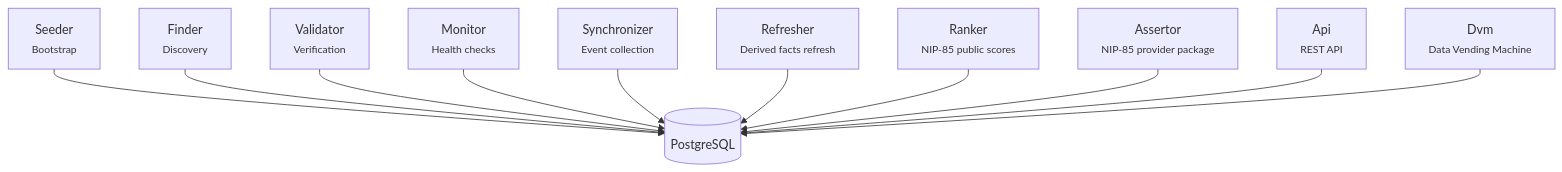
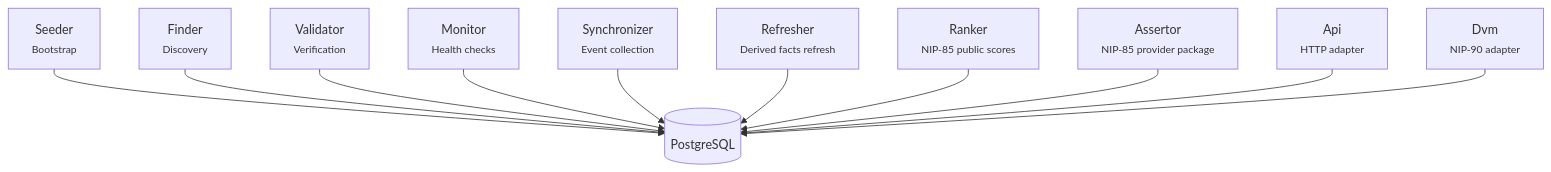
One commit to BigBrotr/bigbrotr changed the diagram in docs/_snippets/pipeline.md. Above: the diagram before and after it, drawn with Mermaid. The commit also changed 13 other files, not shown here.

First line of the commit message:
docs: rewrite mkdocs information architecture

````diff
--- a/docs/_snippets/pipeline.md
+++ b/docs/_snippets/pipeline.md
@@ -1,26 +1,26 @@
 ```mermaid
 flowchart TD
     DB[("PostgreSQL")]
 
     SE["Seeder<br/><small>Bootstrap</small>"]
     FI["Finder<br/><small>Discovery</small>"]
     VA["Validator<br/><small>Verification</small>"]
     MO["Monitor<br/><small>Health checks</small>"]
     SY["Synchronizer<br/><small>Event collection</small>"]
     RE["Refresher<br/><small>Derived facts refresh</small>"]
     RA["Ranker<br/><small>NIP-85 public scores</small>"]
     AS["Assertor<br/><small>NIP-85 provider package</small>"]
-    AP["Api<br/><small>REST API</small>"]
-    DV["Dvm<br/><small>Data Vending Machine</small>"]
+    AP["Api<br/><small>HTTP adapter</small>"]
+    DV["Dvm<br/><small>NIP-90 adapter</small>"]
 
     SE --> DB
     FI --> DB
     VA --> DB
     MO --> DB
     SY --> DB
     RE --> DB
     RA --> DB
     AS --> DB
     AP --> DB
     DV --> DB
 ```
````
